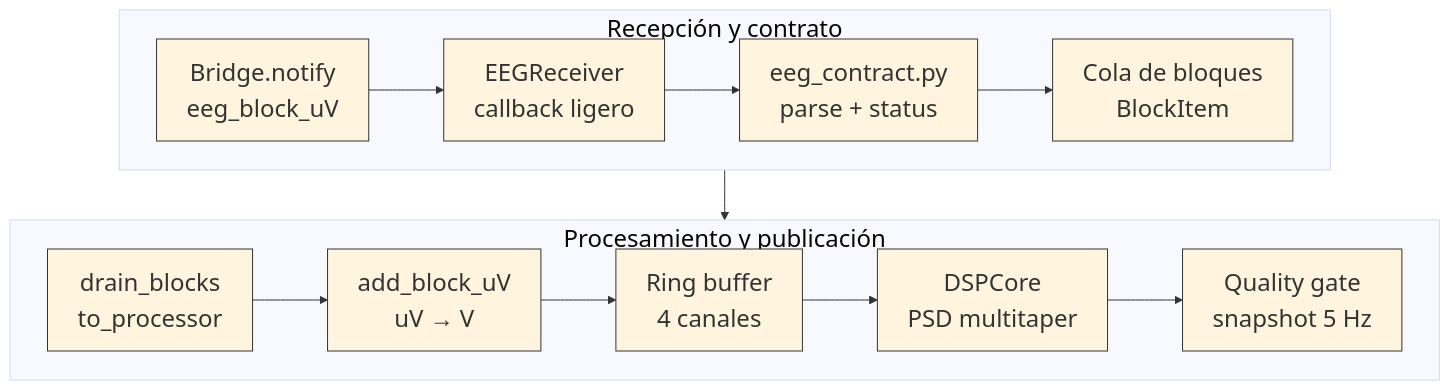
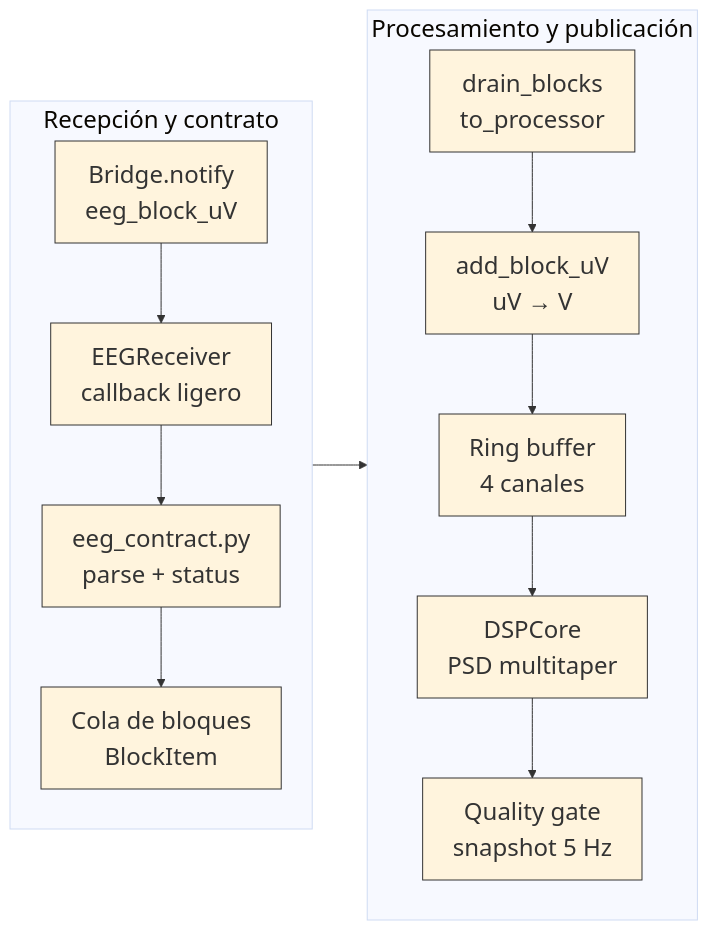
One commit to valtorresm97/REDACCION-TFG changed the diagram in TFG_EEG_MIDI/images/uml/impl_backend_flujo_python.mmd. Above: the diagram before and after it, drawn with Mermaid.

Commit message:
Make backend flow diagram horizontal columns

```diff
--- a/TFG_EEG_MIDI/images/uml/impl_backend_flujo_python.mmd
+++ b/TFG_EEG_MIDI/images/uml/impl_backend_flujo_python.mmd
@@ -1,18 +1,18 @@
-%%{init: {"theme": "base", "themeVariables": {"fontSize": "24px", "fontFamily": "Arial", "primaryBorderColor": "#333333", "lineColor": "#333333"}, "flowchart": {"htmlLabels": true, "nodeSpacing": 38, "rankSpacing": 50, "curve": "basis"}}}%%
-flowchart TB
+%%{init: {"theme": "base", "themeVariables": {"fontSize": "24px", "fontFamily": "Arial", "primaryBorderColor": "#333333", "lineColor": "#333333"}, "flowchart": {"htmlLabels": true, "nodeSpacing": 42, "rankSpacing": 55, "curve": "basis"}}}%%
+flowchart LR
   subgraph rx["Recepción y contrato"]
-    direction LR
+    direction TB
     event["Bridge.notify<br/>eeg_block_uV"] --> receiver["EEGReceiver<br/>callback ligero"]
     receiver --> contract["eeg_contract.py<br/>parse + status"]
     contract --> queue["Cola de bloques<br/>BlockItem"]
   end
 
   subgraph runtime["Procesamiento y publicación"]
-    direction LR
+    direction TB
     drain["drain_blocks<br/>to_processor"] --> ingest["add_block_uV<br/>uV → V"]
     ingest --> ring["Ring buffer<br/>4 canales"]
     ring --> dsp["DSPCore<br/>PSD multitaper"]
     dsp --> snapshot["Quality gate<br/>snapshot 5 Hz"]
   end
 
   queue --> drain
```
